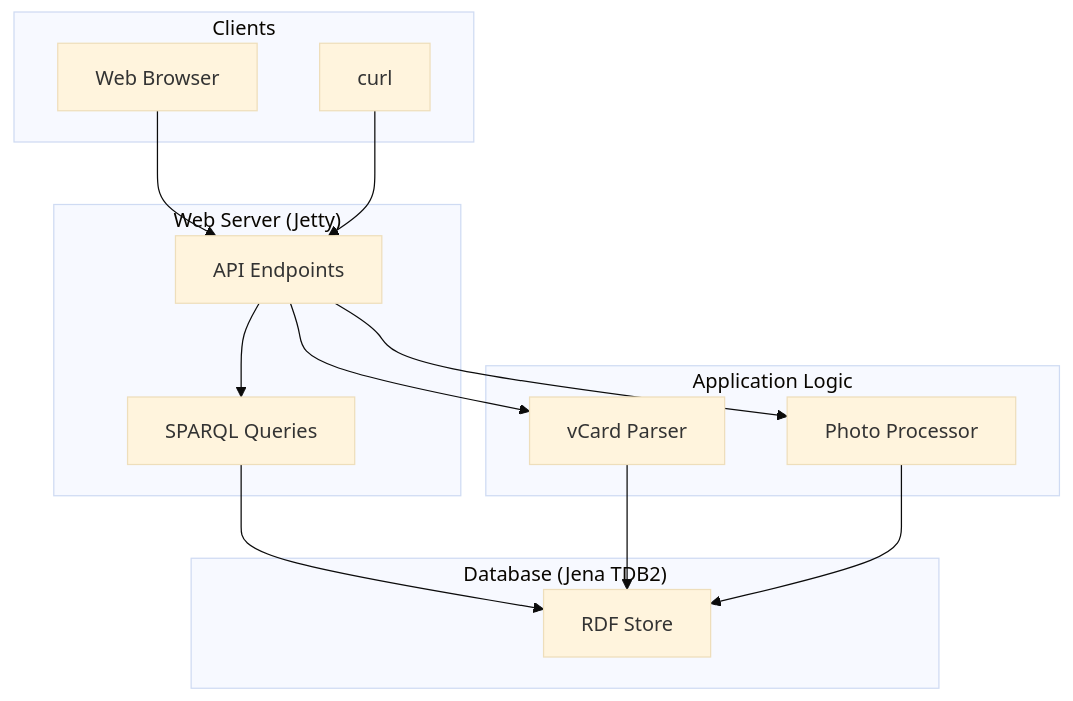
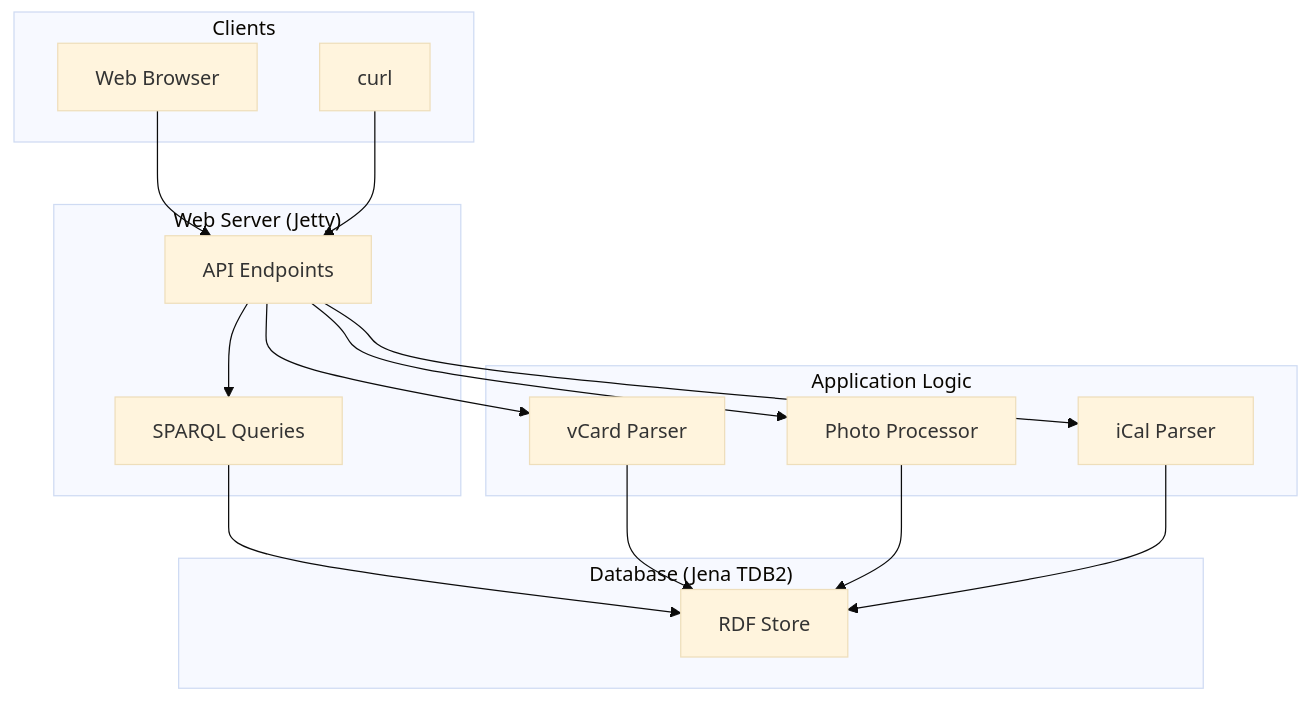
Before and after one commit to bmordue/redweed: the first of 2 diagrams in docs/architecture.md, drawn with Mermaid (base theme). The commit also changed other lines of this file and 13 other files, not shown here.

Commit message:
Complete comprehensive iCal to RDF conversion feature planning documentation

````diff
--- a/docs/architecture.md
+++ b/docs/architecture.md
@@ -30,30 +31,33 @@
 ```mermaid
 graph TD
     subgraph "Clients"
         A[Web Browser]
         B[curl]
     end
 
     subgraph "Web Server (Jetty)"
         C[API Endpoints]
         D[SPARQL Queries]
     end
 
     subgraph "Application Logic"
         E[vCard Parser]
         F[Photo Processor]
+        G[iCal Parser]
     end
 
     subgraph "Database (Jena TDB2)"
-        G[RDF Store]
+        H[RDF Store]
     end
 
     A --> C
     B --> C
     C --> D
     C --> E
     C --> F
-    D --> G
-    E --> G
-    F --> G
+    C --> G
+    D --> H
+    E --> H
+    F --> H
+    G --> H
 ```
````
